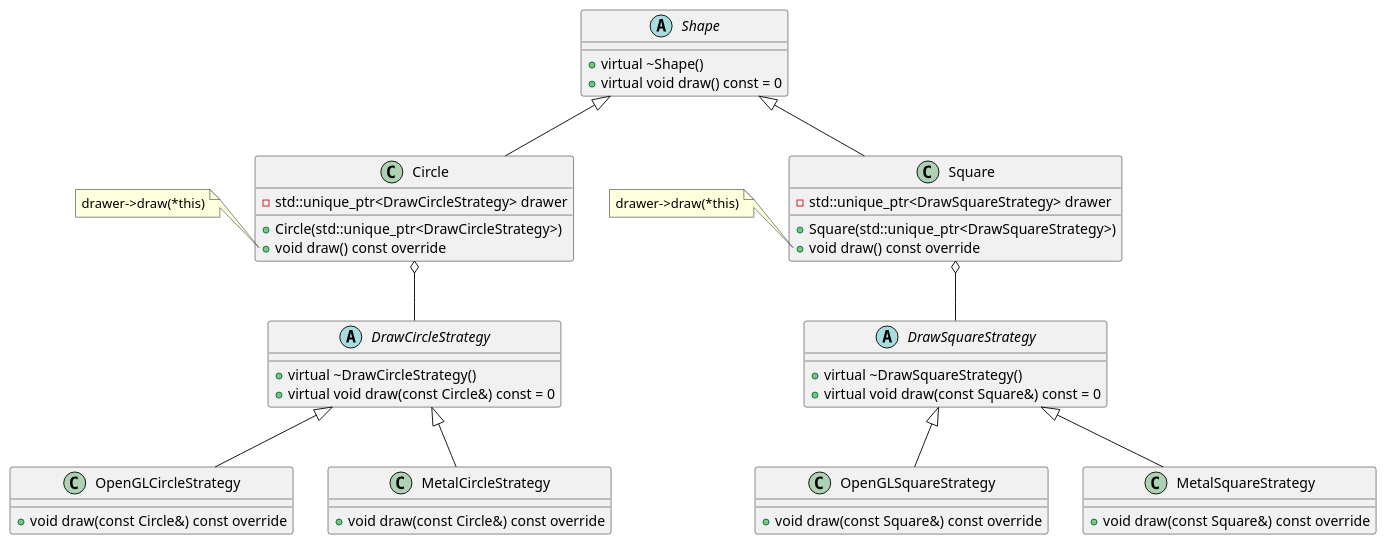
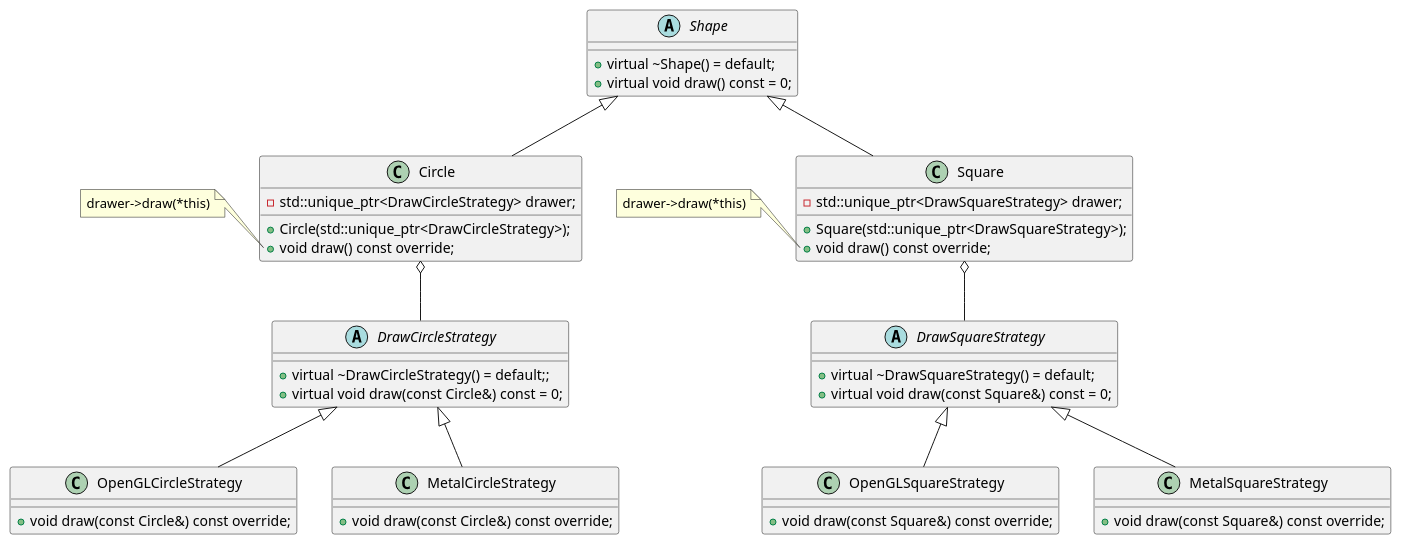
One commit to mirinta/cpp_learning changed the diagram in software_design/strategy_pattern/classic_version/UML.puml. Above: the diagram before and after it, drawn with PlantUML. The commit also changed 6 other files, not shown here.

```diff
--- a/software_design/strategy_pattern/classic_version/UML.puml
+++ b/software_design/strategy_pattern/classic_version/UML.puml
@@ -1,66 +1,66 @@
 @startuml
 
 abstract class Shape {
-  + virtual ~Shape()
-  + virtual void draw() const = 0
+  + virtual ~Shape() = default;
+  + virtual void draw() const = 0;
 }
 
 class Circle {
-  + Circle(std::unique_ptr<DrawCircleStrategy>)
-  + void draw() const override
-  - std::unique_ptr<DrawCircleStrategy> drawer
+  + Circle(std::unique_ptr<DrawCircleStrategy>);
+  + void draw() const override;
+  - std::unique_ptr<DrawCircleStrategy> drawer;
 }
 
 class Square {
-  + Square(std::unique_ptr<DrawSquareStrategy>)
-  + void draw() const override
-  - std::unique_ptr<DrawSquareStrategy> drawer
+  + Square(std::unique_ptr<DrawSquareStrategy>);
+  + void draw() const override;
+  - std::unique_ptr<DrawSquareStrategy> drawer;
 }
 
 abstract class DrawCircleStrategy {
-  + virtual ~DrawCircleStrategy()
-  + virtual void draw(const Circle&) const = 0
+  + virtual ~DrawCircleStrategy() = default;;
+  + virtual void draw(const Circle&) const = 0;
 }
 
 class OpenGLCircleStrategy {
-  + void draw(const Circle&) const override
+  + void draw(const Circle&) const override;
 }
 
 class MetalCircleStrategy {
-  + void draw(const Circle&) const override
+  + void draw(const Circle&) const override;
 }
 
 abstract class DrawSquareStrategy {
-  + virtual ~DrawSquareStrategy()
-  + virtual void draw(const Square&) const = 0
+  + virtual ~DrawSquareStrategy() = default;
+  + virtual void draw(const Square&) const = 0;
 }
 
 class OpenGLSquareStrategy {
-  + void draw(const Square&) const override
+  + void draw(const Square&) const override;
 }
 
 class MetalSquareStrategy {
-  + void draw(const Square&) const override
+  + void draw(const Square&) const override;
 }
 
 Shape <|-- Circle
 Shape <|-- Square
 
 Circle o-- DrawCircleStrategy
 Square o-- DrawSquareStrategy
 
 DrawCircleStrategy <|-- OpenGLCircleStrategy
 DrawSquareStrategy <|-- OpenGLSquareStrategy
 
 DrawCircleStrategy <|-- MetalCircleStrategy
 DrawSquareStrategy <|-- MetalSquareStrategy
 
 note left of Circle::draw()
     drawer->draw(*this)
 end note
 
 note left of Square::draw()
     drawer->draw(*this)
 end note
 
 @enduml
```
